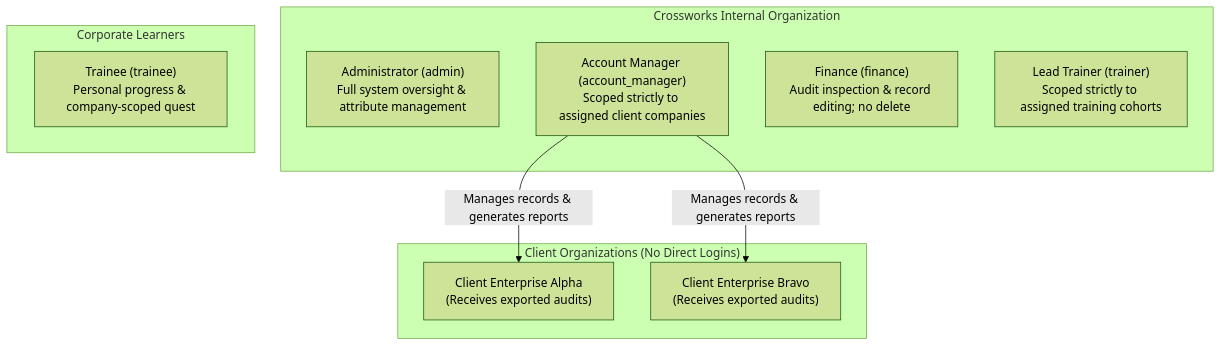
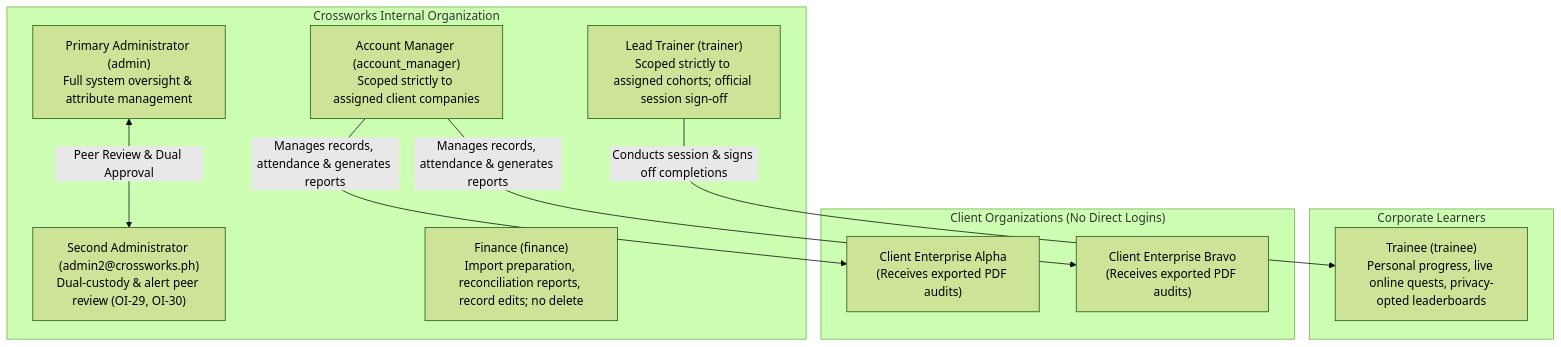
The second of 10 diagrams in SYSTEM_ARCHITECTURE.md (UniDra0318/CrossQuest), drawn with Mermaid (forest theme) before and after one commit. The commit also changed other lines of this file, not shown here.

Commit message:
docs: update SYSTEM_ARCHITECTURE.md with Phases 0-6 architectural additions

````diff
--- a/SYSTEM_ARCHITECTURE.md
+++ b/SYSTEM_ARCHITECTURE.md
@@ -64,21 +73,24 @@
 ```mermaid
 flowchart TD
     subgraph CrossworksCorp["Crossworks Internal Organization"]
-        Admin["Administrator (admin)\nFull system oversight & attribute management"]
+        Admin1["Primary Administrator (admin)\nFull system oversight & attribute management"]
+        Admin2["Second Administrator (admin2@crossworks.ph)\nDual-custody & alert peer review (OI-29, OI-30)"]
         AM["Account Manager (account_manager)\nScoped strictly to assigned client companies"]
-        Finance["Finance (finance)\nAudit inspection & record editing; no delete"]
-        Trainer["Lead Trainer (trainer)\nScoped strictly to assigned training cohorts"]
+        Finance["Finance (finance)\nImport preparation, reconciliation reports, record edits; no delete"]
+        Trainer["Lead Trainer (trainer)\nScoped strictly to assigned cohorts; official session sign-off"]
     end
 
     subgraph TraineeCommunity["Corporate Learners"]
-        Trainee["Trainee (trainee)\nPersonal progress & company-scoped quest"]
+        Trainee["Trainee (trainee)\nPersonal progress, live online quests, privacy-opted leaderboards"]
     end
 
     subgraph ClientCompanies["Client Organizations (No Direct Logins)"]
-        ClientA["Client Enterprise Alpha\n(Receives exported audits)"]
-        ClientB["Client Enterprise Bravo\n(Receives exported audits)"]
+        ClientA["Client Enterprise Alpha\n(Receives exported PDF audits)"]
+        ClientB["Client Enterprise Bravo\n(Receives exported PDF audits)"]
     end
 
-    AM -->|Manages records & generates reports| ClientA
-    AM -->|Manages records & generates reports| ClientB
+    Admin1 <-->|Peer Review & Dual Approval| Admin2
+    AM -->|Manages records, attendance & generates reports| ClientA
+    AM -->|Manages records, attendance & generates reports| ClientB
+    Trainer -->|Conducts session & signs off completions| Trainee
 ```
````
